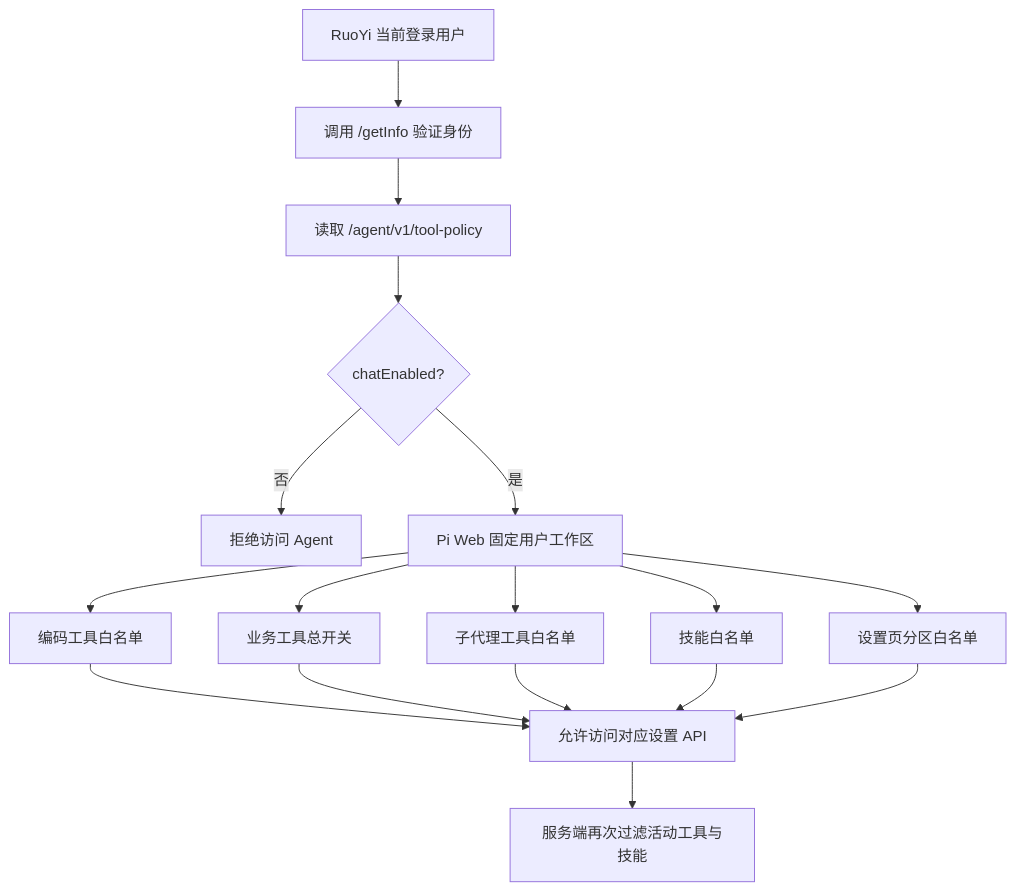
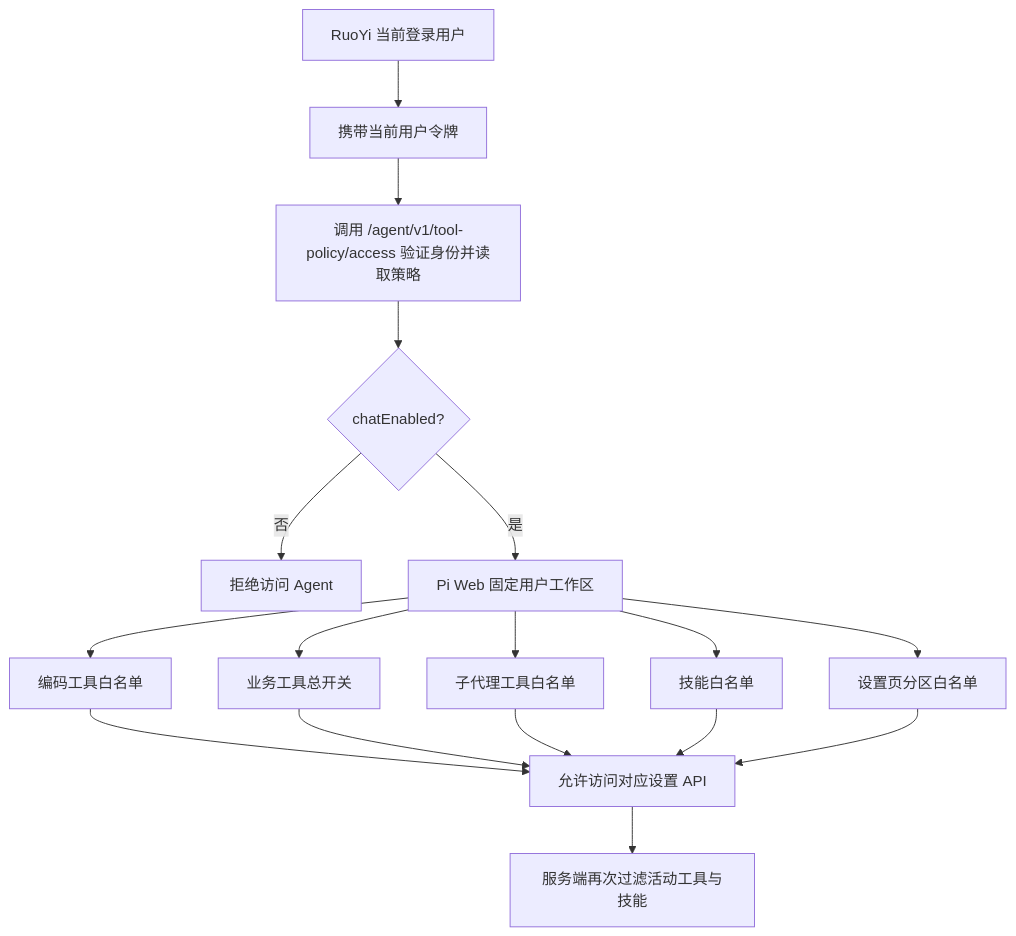
One commit to Searchld/pi-web changed the third of 5 diagrams in docs/ruoyi-pi-web-architecture.md. Above: the diagram before and after it, drawn with Mermaid. The commit also changed other lines of this file and 13 other files, not shown here.

````diff
--- a/docs/ruoyi-pi-web-architecture.md
+++ b/docs/ruoyi-pi-web-architecture.md
@@ -91,19 +91,19 @@
 ```mermaid
 flowchart TD
-  A[RuoYi 当前登录用户] --> B[调用 /getInfo 验证身份]
-  B --> C[读取 /agent/v1/tool-policy]
+  A[RuoYi 当前登录用户] --> B[携带当前用户令牌]
+  B --> C[调用 /agent/v1/tool-policy/access 验证身份并读取策略]
   C --> D{chatEnabled?}
   D -- 否 --> X[拒绝访问 Agent]
   D -- 是 --> E[Pi Web 固定用户工作区]
   E --> F[编码工具白名单]
   E --> G[业务工具总开关]
   E --> H[子代理工具白名单]
   E --> I[设置页分区白名单]
   E --> J[技能白名单]
   F --> K[创建/恢复 Agent 会话]
   G --> K
   H --> K
   J --> K
   I --> K[允许访问对应设置 API]
   K --> L[服务端再次过滤活动工具与技能]
 ```
````
